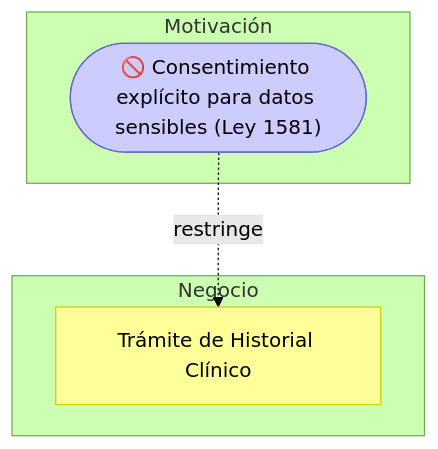
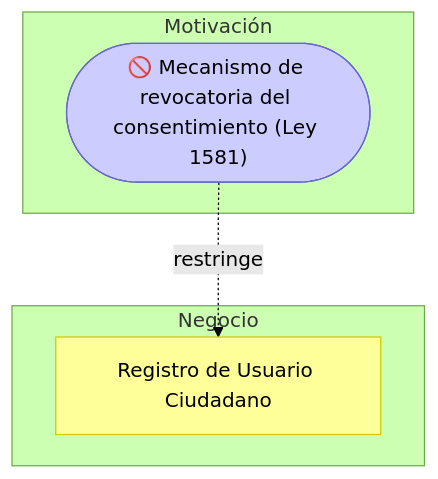
One commit to Esteban7108/AREM-Taller_6_Normatividad changed the diagram in clase/guia_paso_a_paso_normatividad.md. Above: the diagram before and after it, drawn with Mermaid (forest theme). The commit also changed other lines of this file and 2 other files, not shown here.

````diff
--- a/clase/guia_paso_a_paso_normatividad.md
+++ b/clase/guia_paso_a_paso_normatividad.md
@@ -120,16 +124,16 @@
 ```mermaid
 flowchart TD
     subgraph motivacion["Motivación"]
-        constraint(["🚫 Consentimiento explícito para datos sensibles (Ley 1581)"])
+        constraint(["🚫 Mecanismo de revocatoria del consentimiento (Ley 1581)"])
     end
     subgraph negocio["Negocio"]
-        tramite["Trámite de Historial Clínico"]
+        tramite["Registro de Usuario Ciudadano"]
     end
 
     constraint -.->|"restringe"| tramite
 
     classDef motivacion fill:#ccccff,color:#000,stroke:#6666cc;
     classDef negocio fill:#ffff99,color:#000,stroke:#cccc00;
     class constraint motivacion
     class tramite negocio
 ```
````
